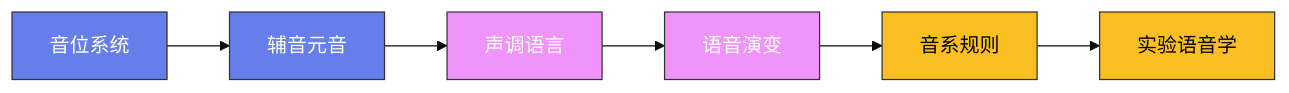
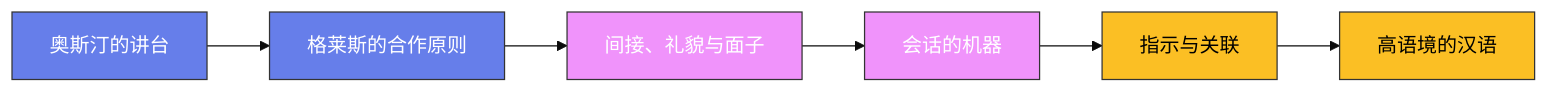
One commit to Fengur/Fengur.github.io changed the diagram in content/posts/ModelCreate/语言学/07-语用学.md. Above: the diagram before and after it, drawn with Mermaid (base theme). The commit also changed other lines of this file and 505 other files, not shown here.

First line of the commit message:
content(blog): ModelCreate 全站质量修复——front matter 补全、占位图修复、事实错误修正、注水文重写

````diff
--- a/content/posts/ModelCreate/语言学/07-语用学.md
+++ b/content/posts/ModelCreate/语言学/07-语用学.md
@@ -39,16 +42,23 @@
 ```mermaid
 graph LR
-    A["音位系统"] --> B["辅音元音"]
-    B --> C["声调语言"]
-    C --> D["语音演变"]
-    D --> E["音系规则"]
-    E --> F["实验语音学"]
+    A["奥斯汀的讲台"]
+    B["格莱斯的合作原则"]
+    C["间接、礼貌与面子"]
+    D["会话的机器"]
+    E["指示与关联"]
+    F["高语境的汉语"]
+
+    A --> B
+    B --> C
+    C --> D
+    D --> E
+    E --> F
 
     classDef early fill:#667eea,stroke:#333,color:white
     classDef mid fill:#f093fb,stroke:#333,color:white
     classDef modern fill:#fbbf24,stroke:#333,color:black
 
     class A,B early
     class C,D mid
     class E,F modern
 ```
````
